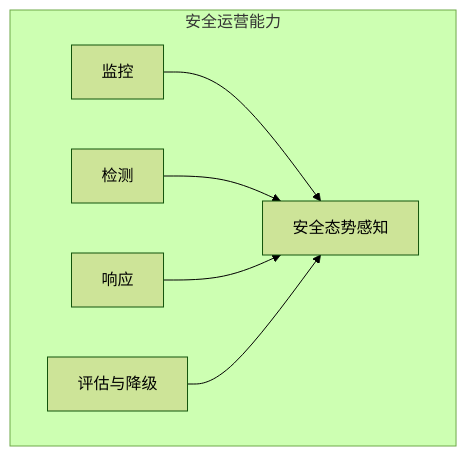
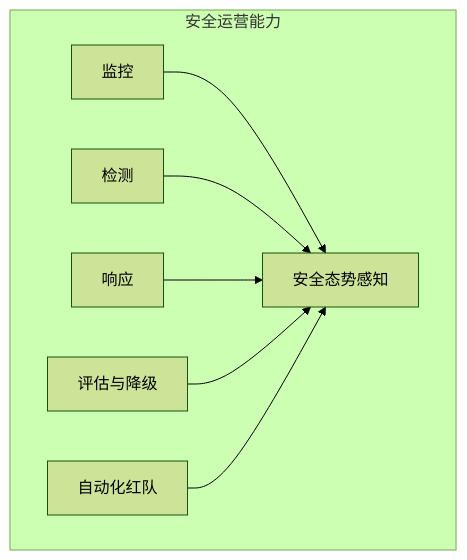
One commit to yeasy/ai_security_guide changed the diagram in 10_operations/summary.md. Above: the diagram before and after it, drawn with Mermaid (forest theme). The commit also changed other lines of this file and 6 other files, not shown here.

````diff
--- a/10_operations/summary.md
+++ b/10_operations/summary.md
@@ -19,9 +21,10 @@
 ```mermaid
 graph TB
     subgraph "安全运营能力"
-    A["监控"] --> E["安全态势感知"]
-    B["检测"] --> E
-    C["响应"] --> E
-    D["评估与降级"] --> E
+    A["监控"] --> F["安全态势感知"]
+    B["检测"] --> F
+    C["响应"] --> F
+    D["评估与降级"] --> F
+    E["自动化红队"] --> F
     end
 ```
````
